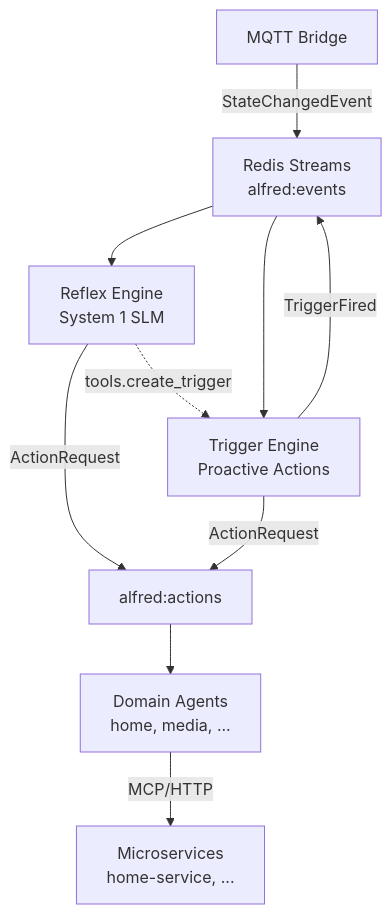
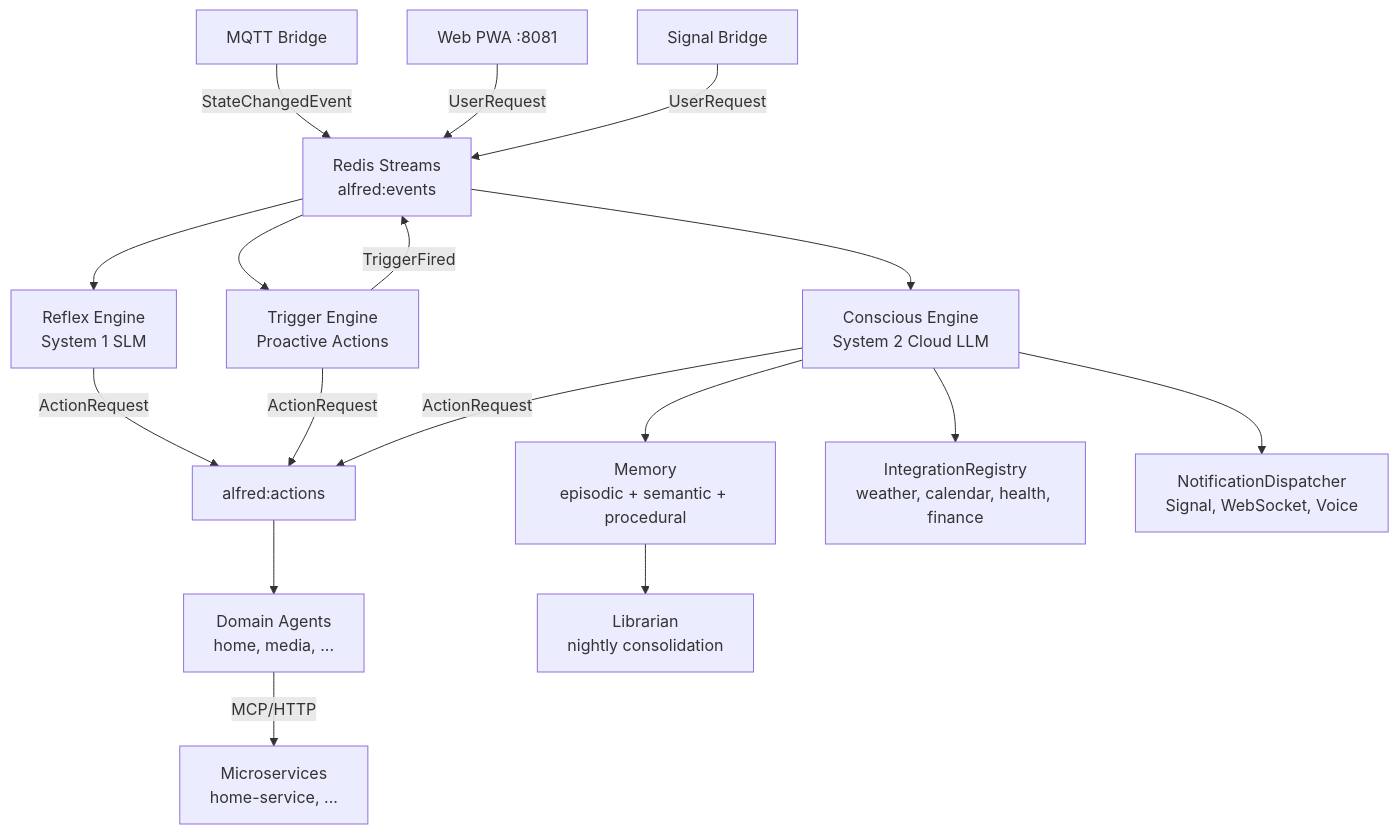
The diagram in CLAUDE.md (anirudhlath/alfred), drawn with Mermaid before and after one commit. The commit also changed other lines of this file and 1 other file, not shown here.

First line of the commit message:
docs: improve CLAUDE.md quality — trim key paths, add workflow, update diagram

````diff
--- a/CLAUDE.md
+++ b/CLAUDE.md
@@ -110,12 +105,19 @@
 ```mermaid
 graph TD
     MQTT[MQTT Bridge] -->|StateChangedEvent| Bus[Redis Streams<br/>alfred:events]
     Bus --> Reflex[Reflex Engine<br/>System 1 SLM]
     Bus --> Triggers[Trigger Engine<br/>Proactive Actions]
+    Bus --> Conscious[Conscious Engine<br/>System 2 Cloud LLM]
     Reflex -->|ActionRequest| Actions[alfred:actions]
     Triggers -->|ActionRequest| Actions
     Triggers -->|TriggerFired| Bus
+    Conscious -->|ActionRequest| Actions
     Actions --> Agents[Domain Agents<br/>home, media, ...]
     Agents -->|MCP/HTTP| Services[Microservices<br/>home-service, ...]
-    Reflex -.->|tools.create_trigger| Triggers
+    Conscious --> Memory[Memory<br/>episodic + semantic + procedural]
+    Conscious --> Integrations[IntegrationRegistry<br/>weather, calendar, health, finance]
+    Conscious --> Notify[NotificationDispatcher<br/>Signal, WebSocket, Voice]
+    Memory --> Librarian[Librarian<br/>nightly consolidation]
+    WebChannel[Web PWA :8081] -->|UserRequest| Bus
+    Signal[Signal Bridge] -->|UserRequest| Bus
 ```
````
